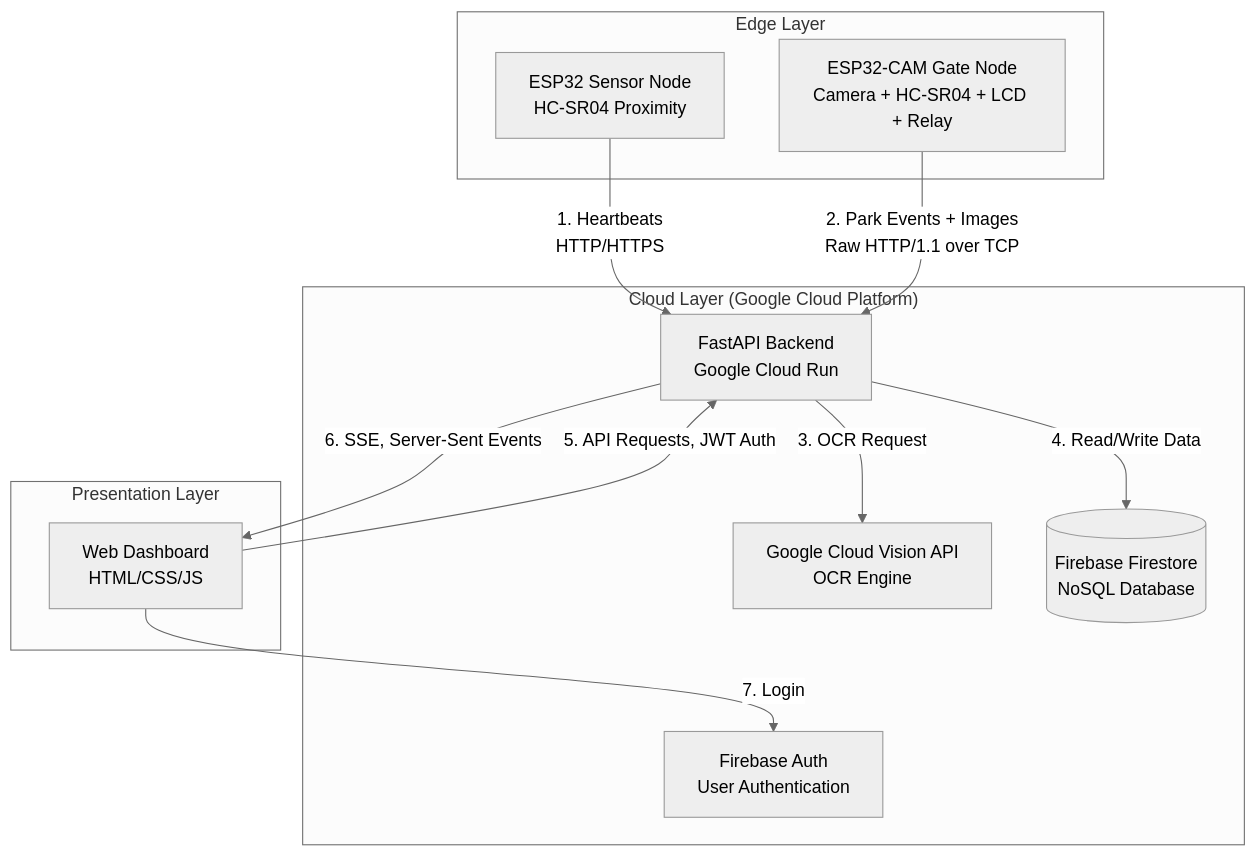
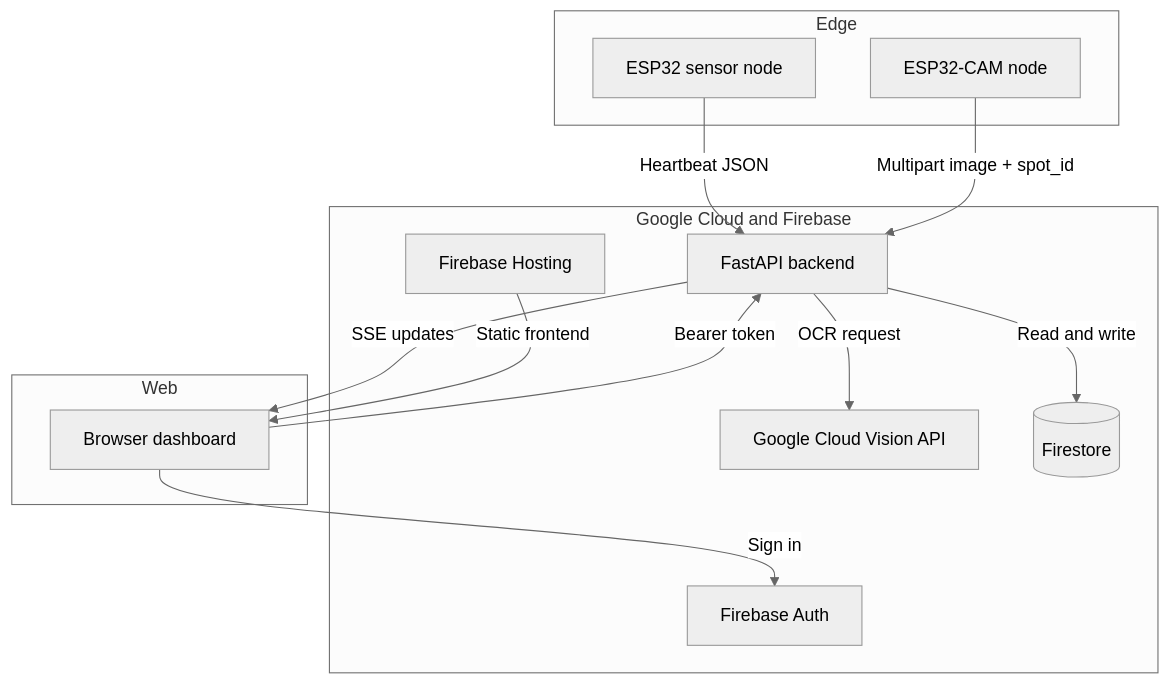
The diagram in docs/archive/system_architecture_and_workflow.md (AmerWegzyy/IOT_ParkMe), drawn with Mermaid (neutral theme) before and after one commit. The commit also changed other lines of this file and 19 other files, not shown here.

````diff
--- a/docs/archive/system_architecture_and_workflow.md
+++ b/docs/archive/system_architecture_and_workflow.md
@@ -20,27 +31,28 @@
 ```mermaid
 graph TD
-    subgraph Edge Layer
-        SENSOR[ESP32 Sensor Node<br/>HC-SR04 Proximity]
-        CAMERA[ESP32-CAM Gate Node<br/>Camera + HC-SR04 + LCD + Relay]
+    subgraph Edge
+        S[ESP32 sensor node]
+        C[ESP32-CAM node]
     end
 
-    subgraph Cloud Layer ["Cloud Layer (Google Cloud Platform)"]
-        API[FastAPI Backend<br/>Google Cloud Run]
-        VISION[Google Cloud Vision API<br/>OCR Engine]
-        DB[(Firebase Firestore<br/>NoSQL Database)]
-        AUTH[Firebase Auth<br/>User Authentication]
+    subgraph Google Cloud and Firebase
+        API[FastAPI backend]
+        V[Google Cloud Vision API]
+        DB[(Firestore)]
+        AUTH[Firebase Auth]
+        HOST[Firebase Hosting]
     end
 
-    subgraph Presentation Layer
-        WEB[Web Dashboard<br/>HTML/CSS/JS]
+    subgraph Web
+        UI[Browser dashboard]
     end
 
-    %% Communication paths
-    SENSOR -- 1. Heartbeats<br/>HTTP/HTTPS --> API
-    CAMERA -- 2. Park Events + Images<br/>Raw HTTP/1.1 over TCP --> API
-    API -- 3. OCR Request --> VISION
-    API -- 4. Read/Write Data --> DB
-    WEB -- 5. API Requests, JWT Auth --> API
-    API -- 6. SSE, Server-Sent Events --> WEB
-    WEB -- 7. Login --> AUTH
+    S -->|Heartbeat JSON| API
+    C -->|Multipart image + spot_id| API
+    API -->|OCR request| V
+    API -->|Read and write| DB
+    UI -->|Sign in| AUTH
+    UI -->|Bearer token| API
+    API -->|SSE updates| UI
+    HOST -->|Static frontend| UI
 ```
````
